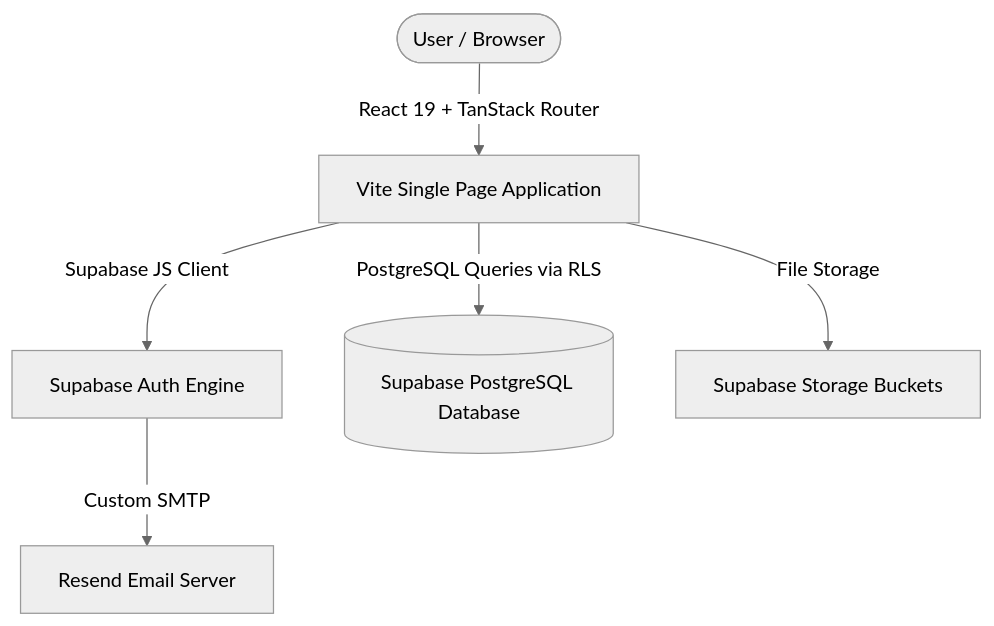
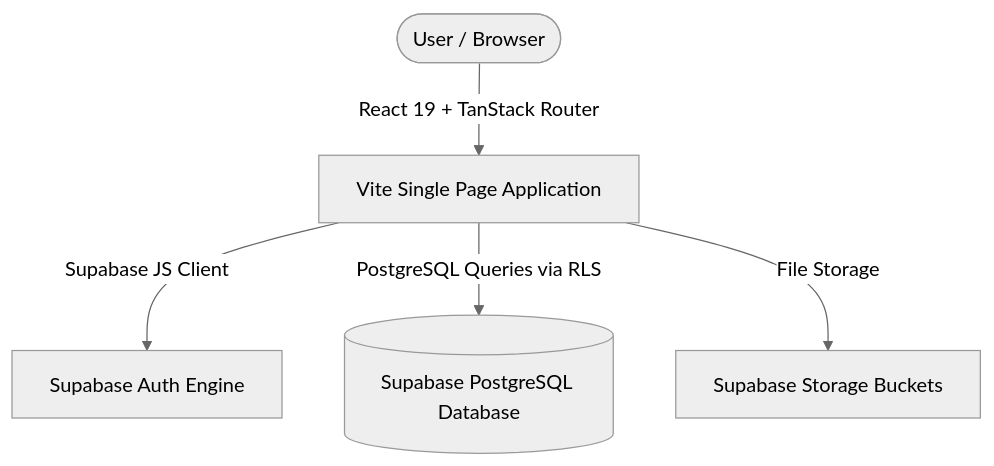
One commit to nonimousmusic/navs changed the first of 2 diagrams in docs/PROJECT_ARCHITECTURE.md. Above: the diagram before and after it, drawn with Mermaid (neutral theme). The commit also changed other lines of this file and 3 other files, not shown here.

````diff
--- a/docs/PROJECT_ARCHITECTURE.md
+++ b/docs/PROJECT_ARCHITECTURE.md
@@ -9,8 +9,7 @@
 ```mermaid
 graph TD
     User([User / Browser]) -->|React 19 + TanStack Router| Client[Vite Single Page Application]
     Client -->|Supabase JS Client| Auth[Supabase Auth Engine]
     Client -->|PostgreSQL Queries via RLS| DB[(Supabase PostgreSQL Database)]
     Client -->|File Storage| Storage[Supabase Storage Buckets]
-    Auth -->|Custom SMTP| Resend[Resend Email Server]
 ```
````
